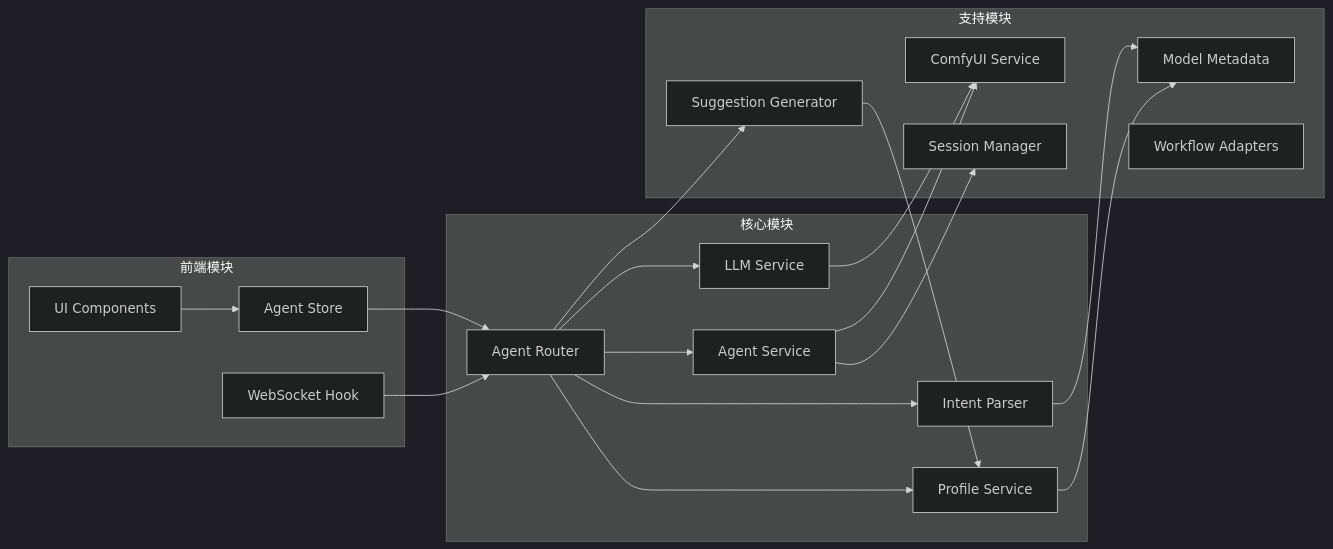
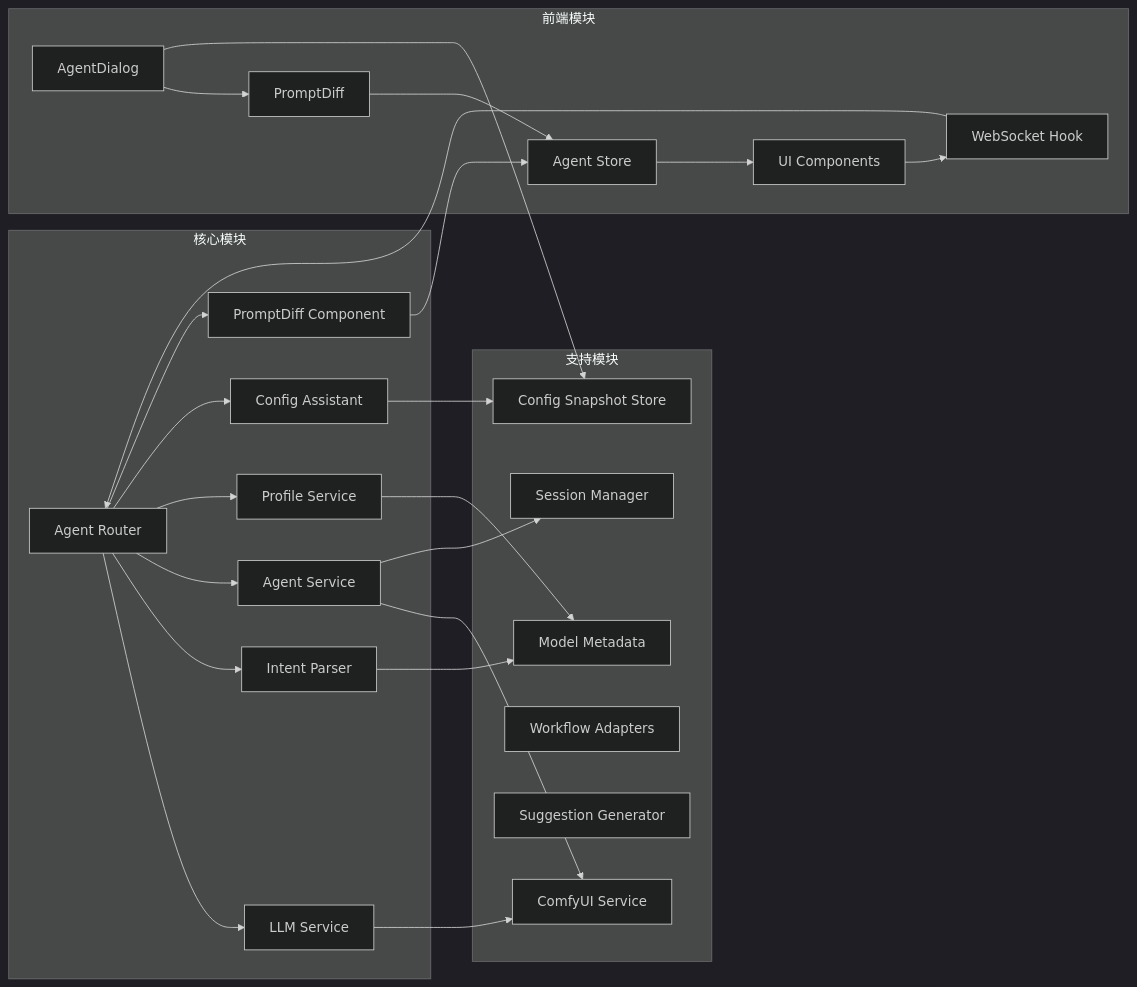
One commit to billye220670/CorineKit_Pix2Real changed diagram 23 of 23 in .qoder/repowiki/zh/content/前端应用/AI智能代理系统/AI智能代理系统.md. Above: the diagram before and after it, drawn with Mermaid (dark theme). The commit also changed other lines of this file and 11 other files, not shown here.

````diff
--- a/.qoder/repowiki/zh/content/前端应用/AI智能代理系统/AI智能代理系统.md
+++ b/.qoder/repowiki/zh/content/前端应用/AI智能代理系统/AI智能代理系统.md
@@ -710,36 +1125,46 @@
 ```mermaid
 graph LR
 subgraph "核心模块"
 A[Agent Router]
 B[LLM Service]
 C[Intent Parser]
 D[Agent Service]
 E[Profile Service]
+F[Config Assistant]
+G[PromptDiff Component]
 end
 subgraph "支持模块"
-F[ComfyUI Service]
-G[Session Manager]
-H[Model Metadata]
-I[Workflow Adapters]
-J[Suggestion Generator]
+H[ComfyUI Service]
+I[Session Manager]
+J[Model Metadata]
+K[Workflow Adapters]
+L[Suggestion Generator]
+M[Config Snapshot Store]
 end
 subgraph "前端模块"
-K[Agent Store]
-L[UI Components]
-M[WebSocket Hook]
+N[Agent Store]
+O[UI Components]
+P[WebSocket Hook]
+Q[AgentDialog]
+R[PromptDiff]
 end
 A --> B
 A --> C
 A --> D
 A --> E
-A --> J
-B --> F
-C --> H
-D --> F
-D --> G
-E --> H
-J --> E
-K --> A
-L --> K
-M --> A
+A --> F
+A --> G
+B --> H
+C --> J
+D --> H
+D --> I
+E --> J
+F --> M
+G --> N
+Q --> R
+Q --> M
+R --> N
+N --> O
+O --> P
+P --> A
 ```
````
